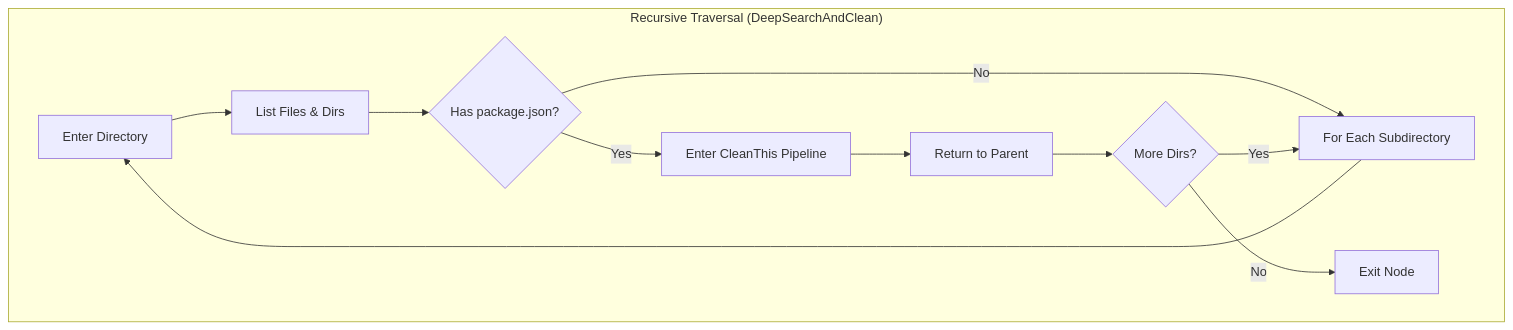
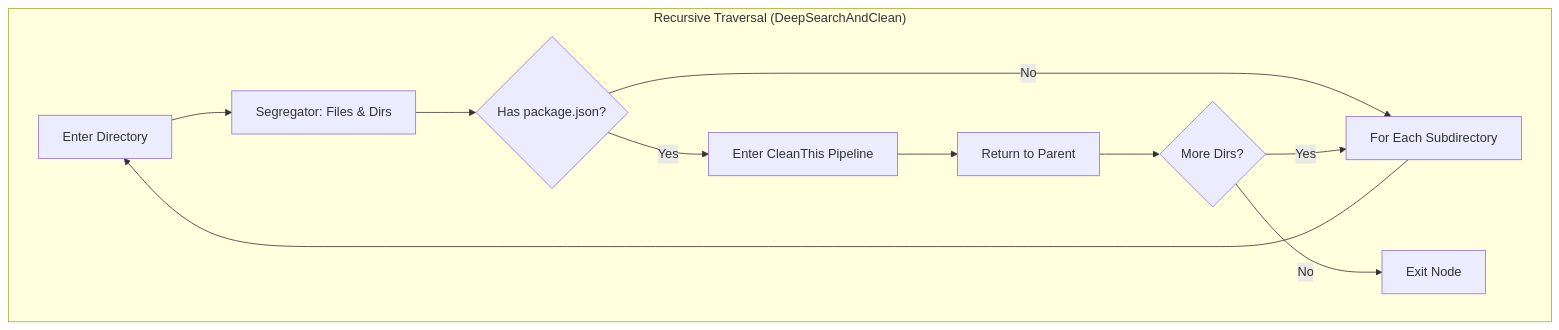
One commit to MishraShardendu22/dfs-based-repository-cleaning-engine changed the third of 3 diagrams in docs/how-it-works.md. Above: the diagram before and after it, drawn with Mermaid. The commit also changed other lines of this file and 11 other files, not shown here.

````diff
--- a/docs/how-it-works.md
+++ b/docs/how-it-works.md
@@ -226,14 +283,14 @@
 ```mermaid
 flowchart TD
     subgraph "Recursive Traversal (DeepSearchAndClean)"
-        ENTER[Enter Directory] --> LIST[List Files & Dirs]
+        ENTER[Enter Directory] --> LIST[Segregator: Files & Dirs]
         LIST --> CHECK{Has package.json?}
         CHECK -->|Yes| CLEAN[Enter CleanThis Pipeline]
         CHECK -->|No| RECURSE[For Each Subdirectory]
         RECURSE --> ENTER
         CLEAN --> RETURN[Return to Parent]
         RETURN --> NEXT{More Dirs?}
         NEXT -->|Yes| RECURSE
         NEXT -->|No| EXIT[Exit Node]
     end
 ```
````
